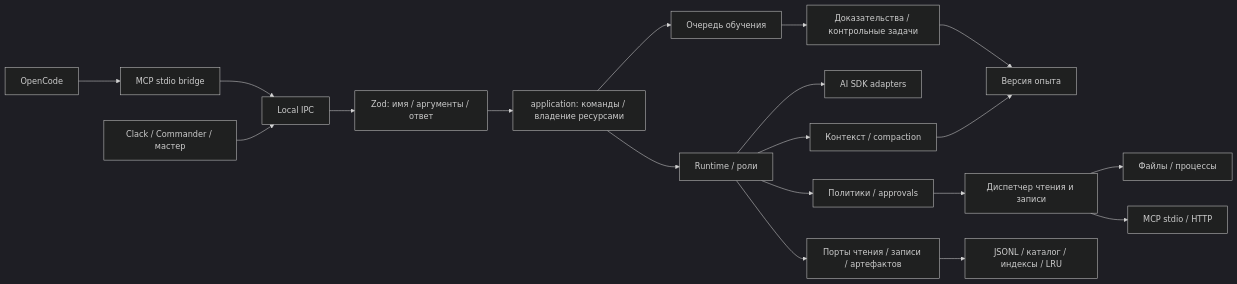
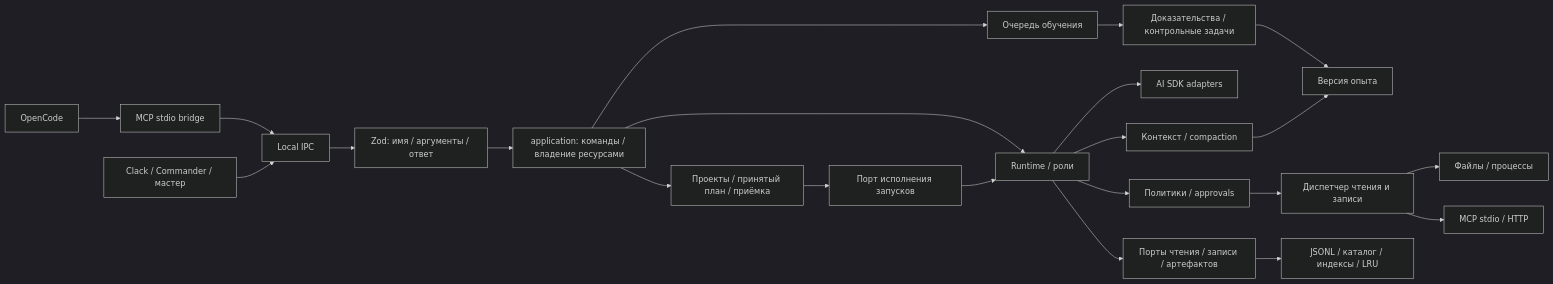
The diagram in docs/architecture.md (ghost-raven1/harness), drawn with Mermaid (dark theme) before and after one commit. The commit also changed other lines of this file and 122 other files, not shown here.

````diff
--- a/docs/architecture.md
+++ b/docs/architecture.md
@@ -3,21 +3,24 @@
 ```mermaid
 flowchart LR
   CLI[Clack / Commander / мастер] --> IPC[Local IPC]
   OC[OpenCode] --> MCP[MCP stdio bridge]
   MCP --> IPC
   IPC --> Contracts[Zod: имя / аргументы / ответ]
   Contracts --> App[application: команды / владение ресурсами]
-  App --> Runtime[Runtime / роли]
+  App --> Projects[Проекты / принятый план / приёмка]
+  Projects --> RunPort[Порт исполнения запусков]
+  RunPort --> Runtime[Runtime / роли]
+  App --> Runtime
   Runtime --> Context[Контекст / compaction]
   Context --> Experience[Версия опыта]
   Runtime --> SDK[AI SDK adapters]
   Runtime --> Policy[Политики / approvals]
   Policy --> Queue[Диспетчер чтения и записи]
   Queue --> Local[Файлы / процессы]
   Queue --> External[MCP stdio / HTTP]
   Runtime --> Ports[Порты чтения / записи / артефактов]
   Ports --> Sessions[JSONL / каталог / индексы / LRU]
   App --> Learning[Очередь обучения]
   Learning --> Checks[Доказательства / контрольные задачи]
   Checks --> Experience
 ```
````
